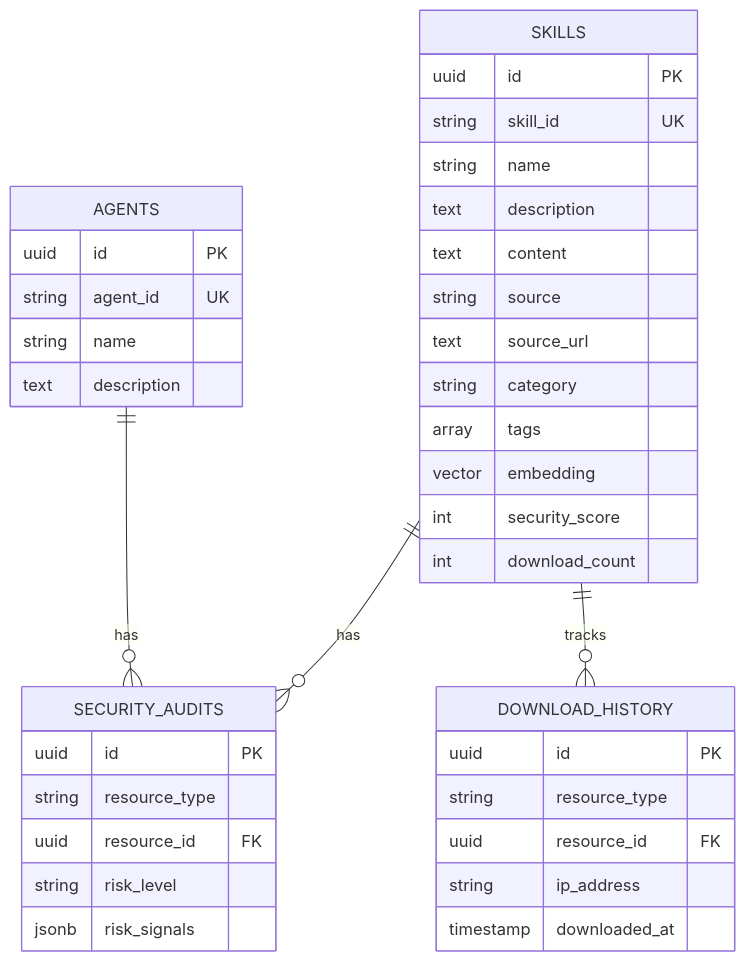
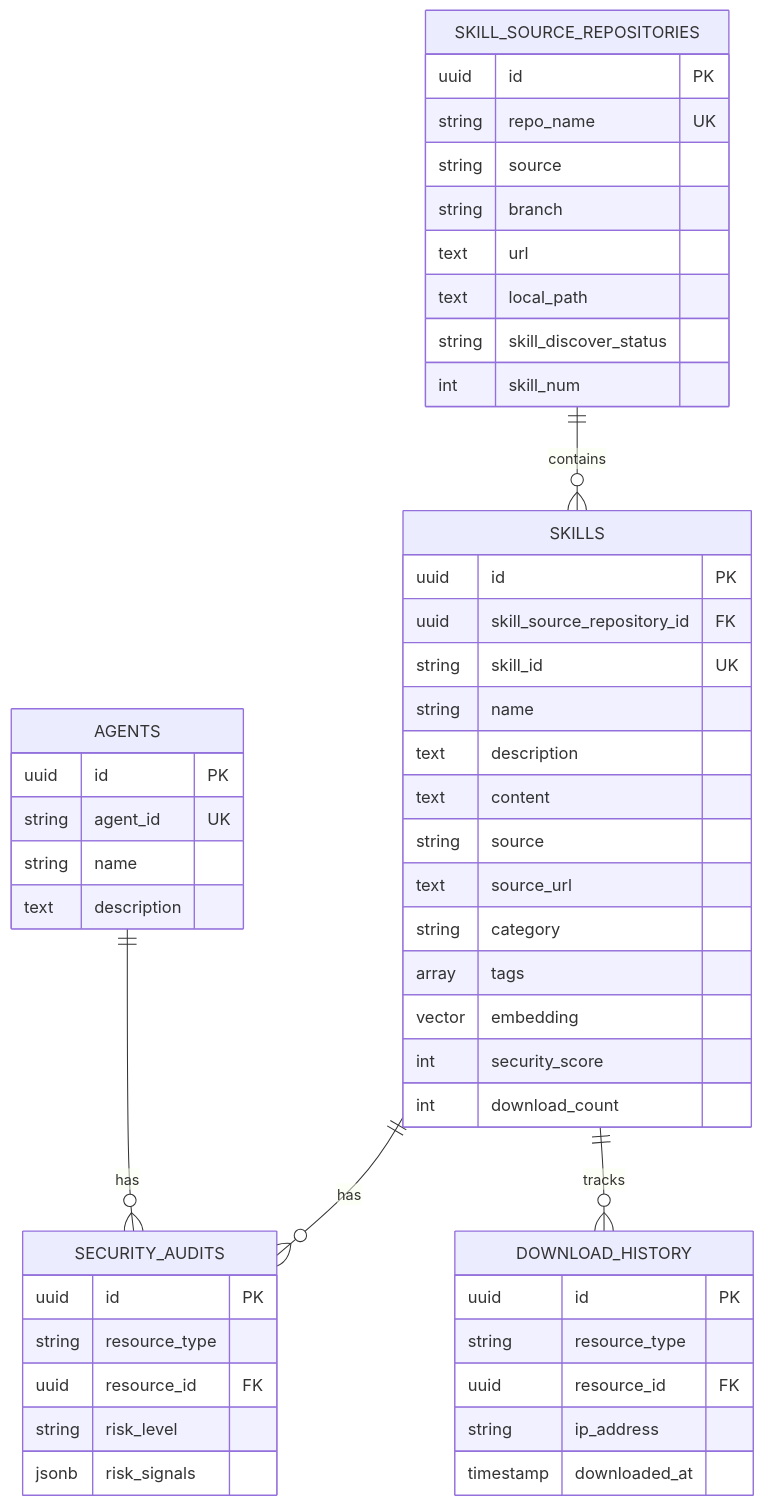
Before and after one commit to openeuler-mirror/wittyhub: the third of 9 diagrams in doc/design/skillhub-implementation-plan.md, drawn with Mermaid. The commit also changed other lines of this file, not shown here.

````diff
--- a/doc/design/skillhub-implementation-plan.md
+++ b/doc/design/skillhub-implementation-plan.md
@@ -175,44 +175,57 @@
 ```mermaid
 erDiagram
+    SKILL_SOURCE_REPOSITORIES ||--o{ SKILLS : contains
     SKILLS ||--o{ SECURITY_AUDITS : has
     SKILLS ||--o{ DOWNLOAD_HISTORY : tracks
     AGENTS ||--o{ SECURITY_AUDITS : has
 
+    SKILL_SOURCE_REPOSITORIES {
+        uuid id PK
+        string repo_name UK
+        string source
+        string branch
+        text url
+        text local_path
+        string skill_discover_status
+        int skill_num
+    }
+
     SKILLS {
         uuid id PK
+        uuid skill_source_repository_id FK
         string skill_id UK
         string name
         text description
         text content
         string source
         text source_url
         string category
         array tags
         vector embedding
         int security_score
         int download_count
     }
 
     AGENTS {
         uuid id PK
         string agent_id UK
         string name
         text description
     }
 
     SECURITY_AUDITS {
         uuid id PK
         string resource_type
         uuid resource_id FK
         string risk_level
         jsonb risk_signals
     }
 
     DOWNLOAD_HISTORY {
         uuid id PK
         string resource_type
         uuid resource_id FK
         string ip_address
         timestamp downloaded_at
     }
 ```
````
